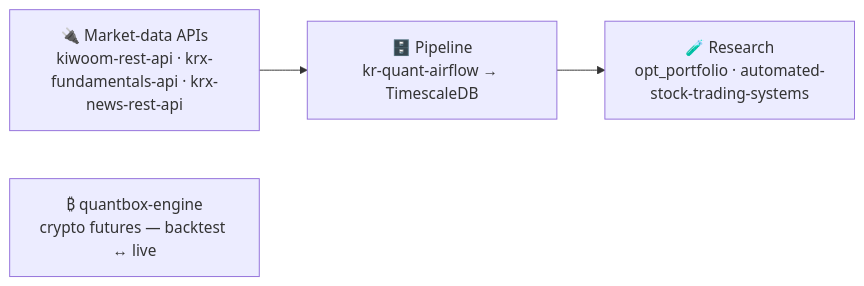
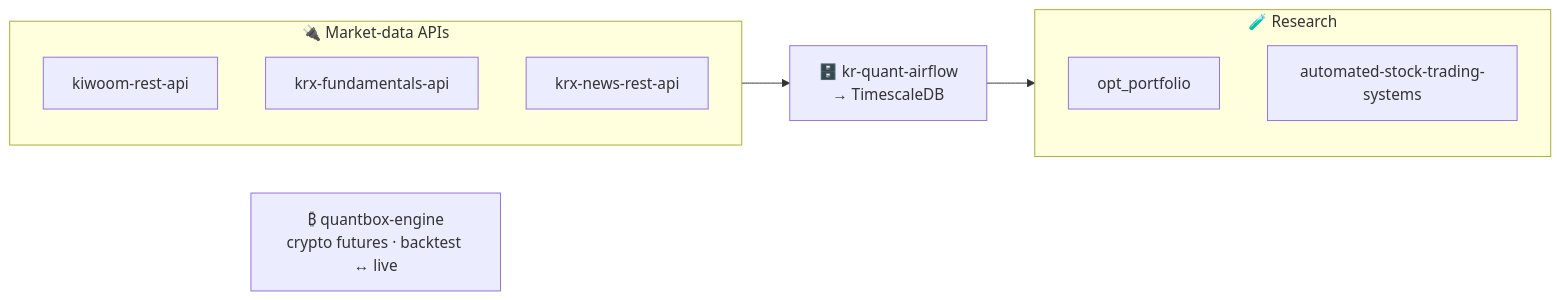
One commit to younghwan91/younghwan91 changed the diagram in README.md. Above: the diagram before and after it, drawn with Mermaid. The commit also changed other lines of this file, not shown here.

Commit message:
docs: 오픈소스 다이어그램 subgraph로 정리 + 프라이빗 작업 한 줄 소개

````diff
--- a/README.md
+++ b/README.md
@@ -35,5 +35,17 @@
 ```mermaid
 flowchart LR
-    A["🔌 Market-data APIs<br/>kiwoom-rest-api · krx-fundamentals-api · krx-news-rest-api"] --> B["🗄️ Pipeline<br/>kr-quant-airflow → TimescaleDB"] --> C["🧪 Research<br/>opt_portfolio · automated-stock-trading-systems"]
-    D["₿ quantbox-engine<br/>crypto futures — backtest ↔ live"]
+    subgraph APIs["🔌 Market-data APIs"]
+        direction TB
+        K[kiwoom-rest-api]
+        F[krx-fundamentals-api]
+        N[krx-news-rest-api]
+    end
+    P["🗄️ kr-quant-airflow<br/>→ TimescaleDB"]
+    subgraph RES["🧪 Research"]
+        direction TB
+        O[opt_portfolio]
+        S[automated-stock-trading-systems]
+    end
+    C["₿ quantbox-engine<br/>crypto futures · backtest ↔ live"]
+    APIs --> P --> RES
 ```
````
